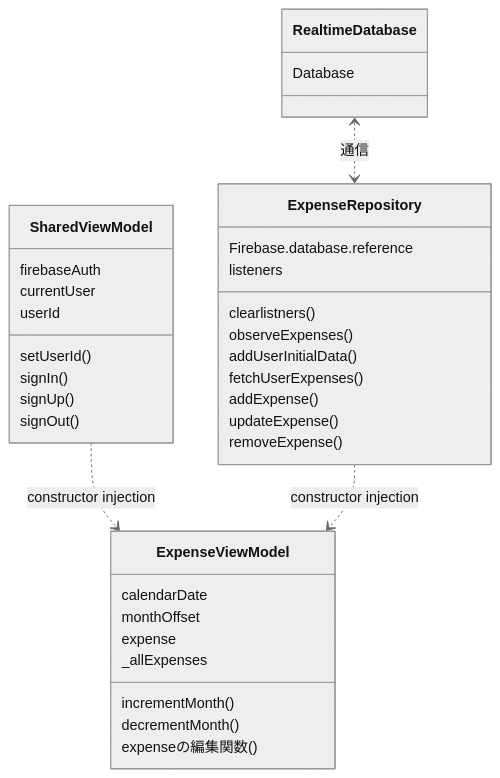
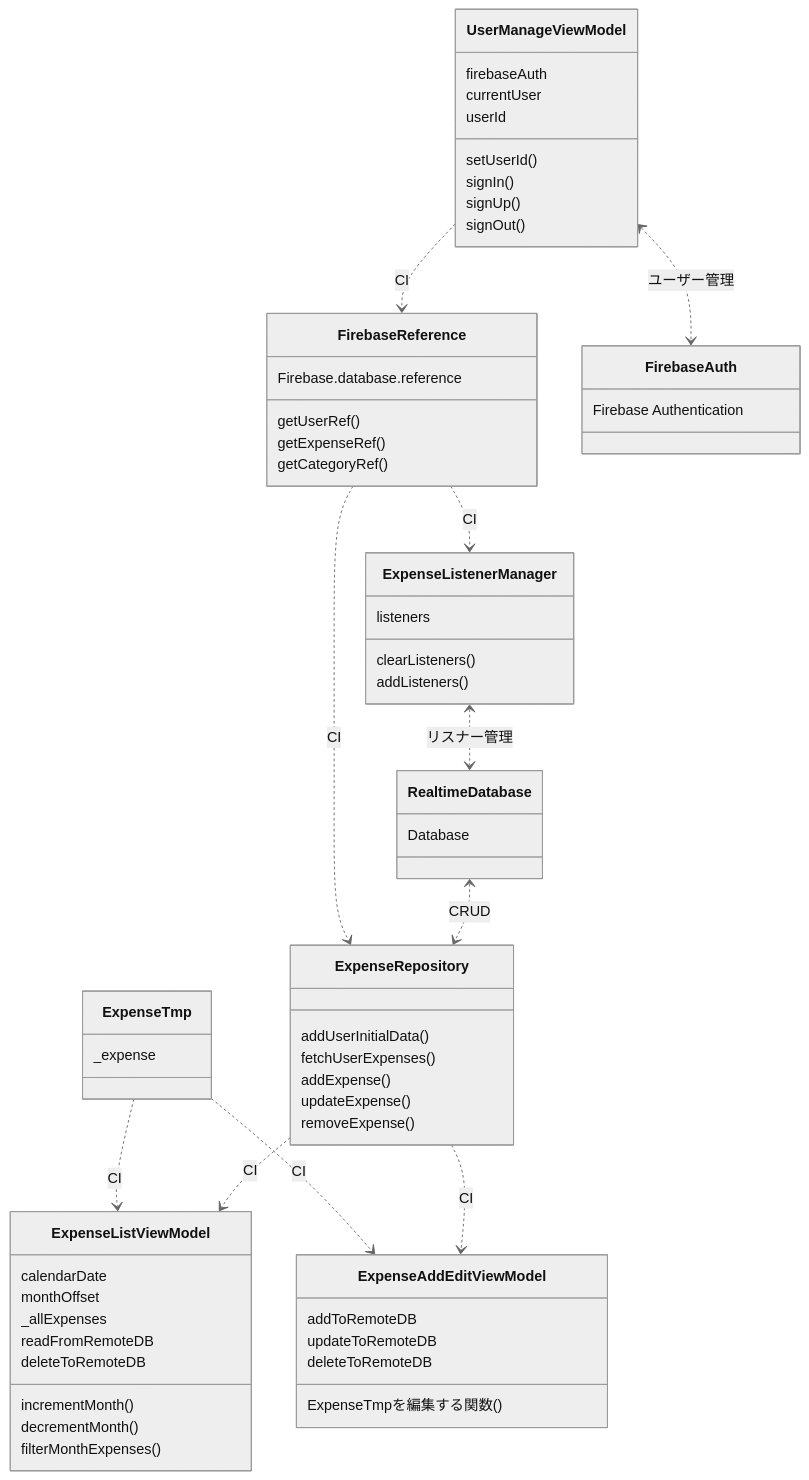
The diagram in app/src/main/java/gaku/original/myapplication/UML/ClassDiagram.md (GakuAkita/HouseholdExpenses), drawn with Mermaid (neutral theme) before and after one commit.

Commit message:
It became much cleaner!!! dividing FirebaseReference from Repository was the key.

`````diff
--- a/app/src/main/java/gaku/original/myapplication/UML/ClassDiagram.md
+++ b/app/src/main/java/gaku/original/myapplication/UML/ClassDiagram.md
@@ -2,19 +2,68 @@
 classDiagram
 
 
-class ExpenseViewModel{
+class ExpenseListViewModel{
 calendarDate
 monthOffset
-expense
 _allExpenses
 
 incrementMonth()
 decrementMonth()
-expenseの編集関数()
+filterMonthExpenses()
+
+readFromRemoteDB
+deleteToRemoteDB
+%%AddEditとこのdeleteがかぶる
 }
 
+class ExpenseAddEditViewModel{
+
+ExpenseTmpを編集する関数()
+addToRemoteDB
+updateToRemoteDB
+deleteToRemoteDB
+}
+
+class ExpenseTmp{
+_expense
+}
+
+ExpenseTmp ..> ExpenseListViewModel :CI
+ExpenseTmp ..> ExpenseAddEditViewModel :CI
+
+
+class ExpenseRepository{
+addUserInitialData()
+fetchUserExpenses()
+addExpense()
+updateExpense()
+removeExpense()
+}
+ExpenseRepository ..> ExpenseListViewModel :CI
+ExpenseRepository ..> ExpenseAddEditViewModel :CI
+
+
+class ExpenseListenerManager {
+listeners
+
+clearListeners()
+addListeners()
+}
+
+class FirebaseReference {
+Firebase.database.reference
+
+getUserRef()
+getExpenseRef()
+getCategoryRef()
+}
+
+FirebaseReference ..> ExpenseListenerManager : CI
+FirebaseReference ..> ExpenseRepository : CI
+ExpenseListenerManager <..> RealtimeDatabase :リスナー管理
+
 %%Firebase関連がまとめられる。ユーザーとか
-class SharedViewModel{
+class UserManageViewModel{
 firebaseAuth
 currentUser
 userId
@@ -24,25 +73,17 @@
 signUp()
 signOut()
 }
-SharedViewModel ..> ExpenseViewModel :constructor injection
 
-class ExpenseRepository{
-Firebase.database.reference
-listeners
-
-clearlistners()
-observeExpenses()
-addUserInitialData()
-fetchUserExpenses()
-addExpense()
-updateExpense()
-removeExpense()
-}
-ExpenseRepository ..> ExpenseViewModel :constructor injection
+UserManageViewModel ..> FirebaseReference : CI
 
 class RealtimeDatabase{
 Database
 }
-RealtimeDatabase <..> ExpenseRepository: 通信
+RealtimeDatabase <..> ExpenseRepository: CRUD
+
+class FirebaseAuth{
+Firebase Authentication
+}
+UserManageViewModel <..> FirebaseAuth: ユーザー管理
 
 ````
`````
